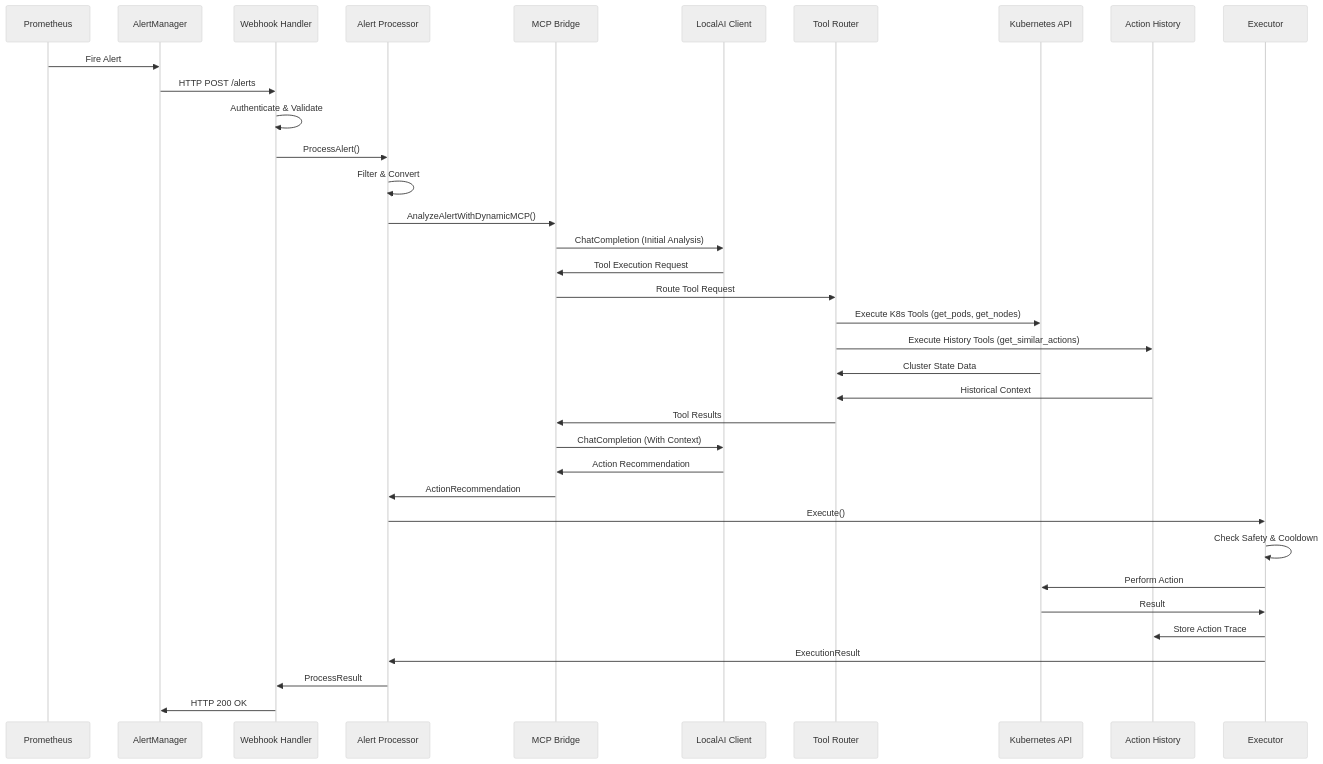
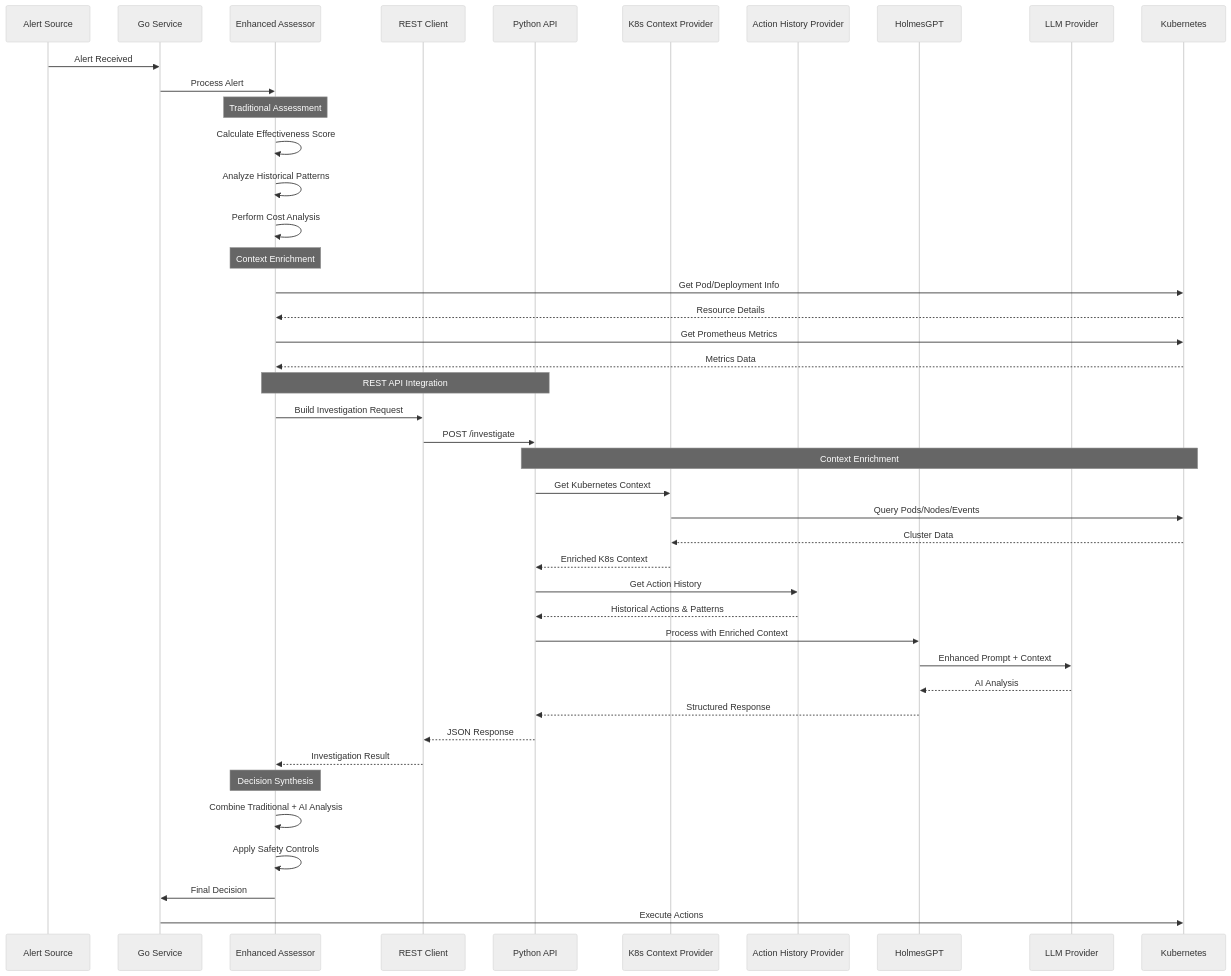
One commit to jordigilh/kubernaut changed the second of 6 diagrams in docs/ARCHITECTURE.md. Above: the diagram before and after it, drawn with Mermaid (neutral theme). The commit also changed other lines of this file and 322 other files, not shown here.

````diff
--- a/docs/ARCHITECTURE.md
+++ b/docs/ARCHITECTURE.md
@@ -492,39 +101,53 @@
 ```mermaid
 sequenceDiagram
-    participant P as Prometheus
-    participant AM as AlertManager
-    participant WH as Webhook Handler
-    participant AP as Alert Processor
-    participant MB as MCP Bridge
-    participant LA as LocalAI Client
-    participant TR as Tool Router
-    participant K8s as Kubernetes API
-    participant AH as Action History
-    participant EX as Executor
+    participant A as Alert Source
+    participant G as Go Service
+    participant E as Enhanced Assessor
+    participant R as REST Client
+    participant P as Python API
+    participant KC as K8s Context Provider
+    participant AH as Action History Provider
+    participant H as HolmesGPT
+    participant L as LLM Provider
+    participant K as Kubernetes
 
-    P->>AM: Fire Alert
-    AM->>WH: HTTP POST /alerts
-    WH->>WH: Authenticate & Validate
-    WH->>AP: ProcessAlert()
-    AP->>AP: Filter & Convert
-    AP->>MB: AnalyzeAlertWithDynamicMCP()
-    MB->>LA: ChatCompletion (Initial Analysis)
-    LA->>MB: Tool Execution Request
-    MB->>TR: Route Tool Request
-    TR->>K8s: Execute K8s Tools (get_pods, get_nodes)
-    TR->>AH: Execute History Tools (get_similar_actions)
-    K8s->>TR: Cluster State Data
-    AH->>TR: Historical Context
-    TR->>MB: Tool Results
-    MB->>LA: ChatCompletion (With Context)
-    LA->>MB: Action Recommendation
-    MB->>AP: ActionRecommendation
-    AP->>EX: Execute()
-    EX->>EX: Check Safety & Cooldown
-    EX->>K8s: Perform Action
-    K8s->>EX: Result
-    EX->>AH: Store Action Trace
-    EX->>AP: ExecutionResult
-    AP->>WH: ProcessResult
-    WH->>AM: HTTP 200 OK
+    A->>G: Alert Received
+    G->>E: Process Alert
+
+    Note over E: Traditional Assessment
+    E->>E: Calculate Effectiveness Score
+    E->>E: Analyze Historical Patterns
+    E->>E: Perform Cost Analysis
+
+    Note over E: Context Enrichment
+    E->>K: Get Pod/Deployment Info
+    K-->>E: Resource Details
+    E->>K: Get Prometheus Metrics
+    K-->>E: Metrics Data
+
+    Note over E,P: REST API Integration
+    E->>R: Build Investigation Request
+    R->>P: POST /investigate
+
+    Note over P,K: Context Enrichment
+    P->>KC: Get Kubernetes Context
+    KC->>K: Query Pods/Nodes/Events
+    K-->>KC: Cluster Data
+    KC-->>P: Enriched K8s Context
+
+    P->>AH: Get Action History
+    AH-->>P: Historical Actions & Patterns
+
+    P->>H: Process with Enriched Context
+    H->>L: Enhanced Prompt + Context
+    L-->>H: AI Analysis
+    H-->>P: Structured Response
+    P-->>R: JSON Response
+    R-->>E: Investigation Result
+
+    Note over E: Decision Synthesis
+    E->>E: Combine Traditional + AI Analysis
+    E->>E: Apply Safety Controls
+    E->>G: Final Decision
+    G->>K: Execute Actions
 ```
````
